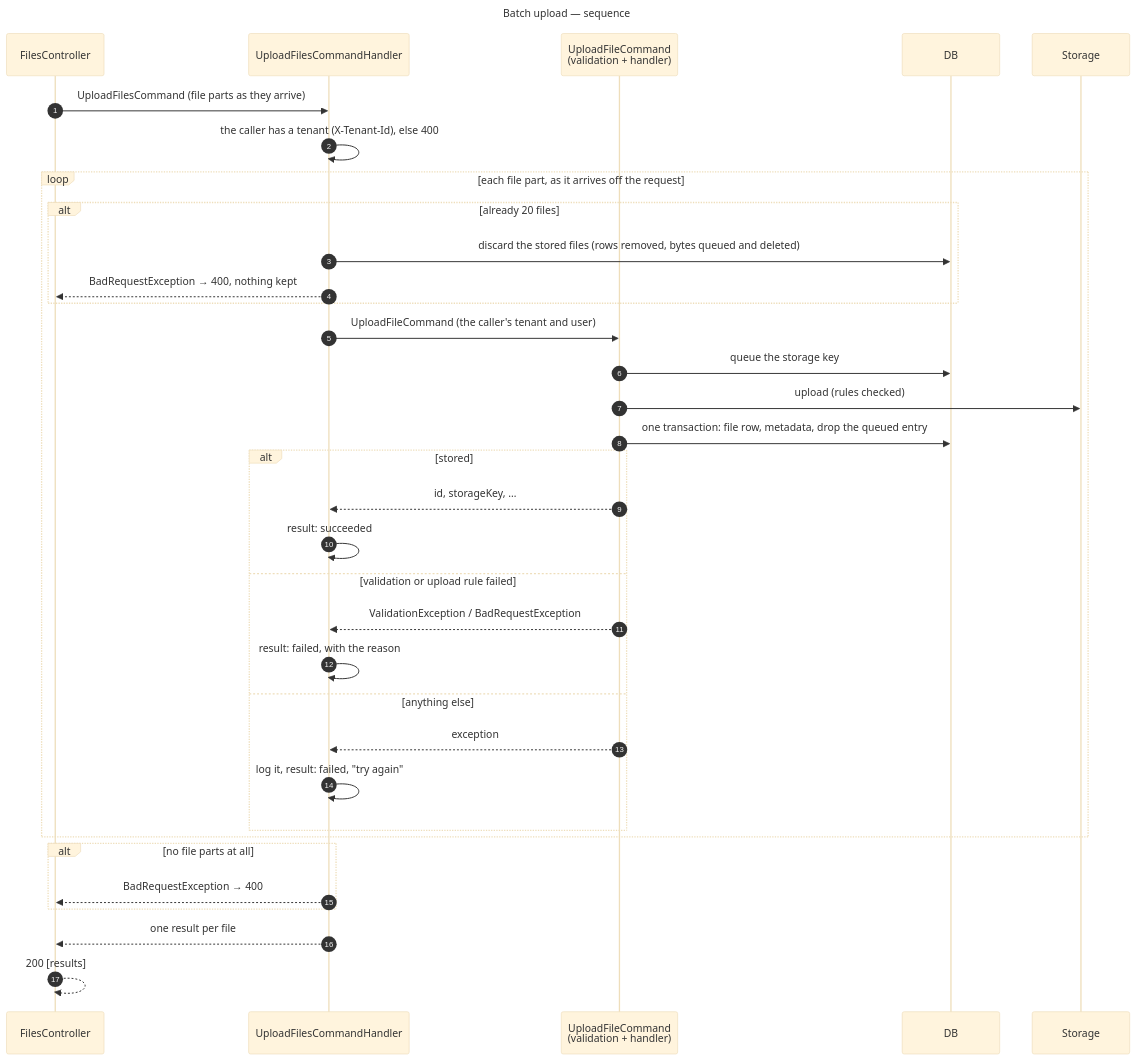
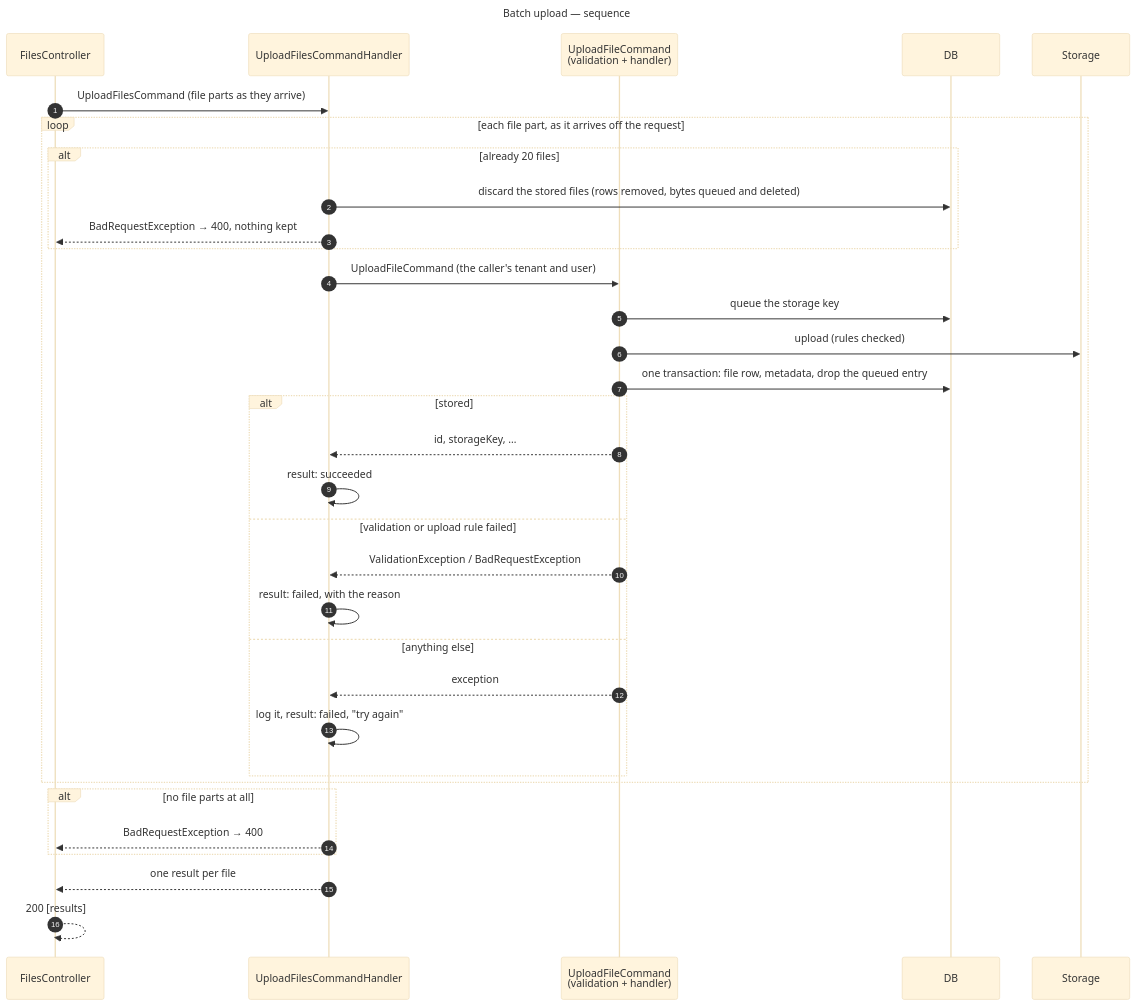
The fourth of 17 diagrams in docs/sequence-diagrams.md (gmetskhvarishvili/GM.FileStorage.Samples), drawn with Mermaid (base theme) before and after one commit. The commit also changed other lines of this file and 17 other files, not shown here.

````diff
--- a/docs/sequence-diagrams.md
+++ b/docs/sequence-diagrams.md
@@ -150,40 +150,39 @@
 ```mermaid
 ---
 title: Batch upload — sequence
 ---
 sequenceDiagram
     autonumber
     participant C as FilesController
     participant B as UploadFilesCommandHandler
     participant U as UploadFileCommand<br/>(validation + handler)
     participant DB
     participant S as Storage
 
     C->>B: UploadFilesCommand (file parts as they arrive)
-    B->>B: the caller has a tenant (X-Tenant-Id), else 400
     loop each file part, as it arrives off the request
         alt already 20 files
             B->>DB: discard the stored files (rows removed, bytes queued and deleted)
             B-->>C: BadRequestException → 400, nothing kept
         end
         B->>U: UploadFileCommand (the caller's tenant and user)
         U->>DB: queue the storage key
         U->>S: upload (rules checked)
         U->>DB: one transaction: file row, metadata, drop the queued entry
         alt stored
             U-->>B: id, storageKey, …
             B->>B: result: succeeded
         else validation or upload rule failed
             U-->>B: ValidationException / BadRequestException
             B->>B: result: failed, with the reason
         else anything else
             U-->>B: exception
             B->>B: log it, result: failed, "try again"
         end
     end
     alt no file parts at all
         B-->>C: BadRequestException → 400
     end
     B-->>C: one result per file
     C-->>C: 200 [results]
 ```
````
